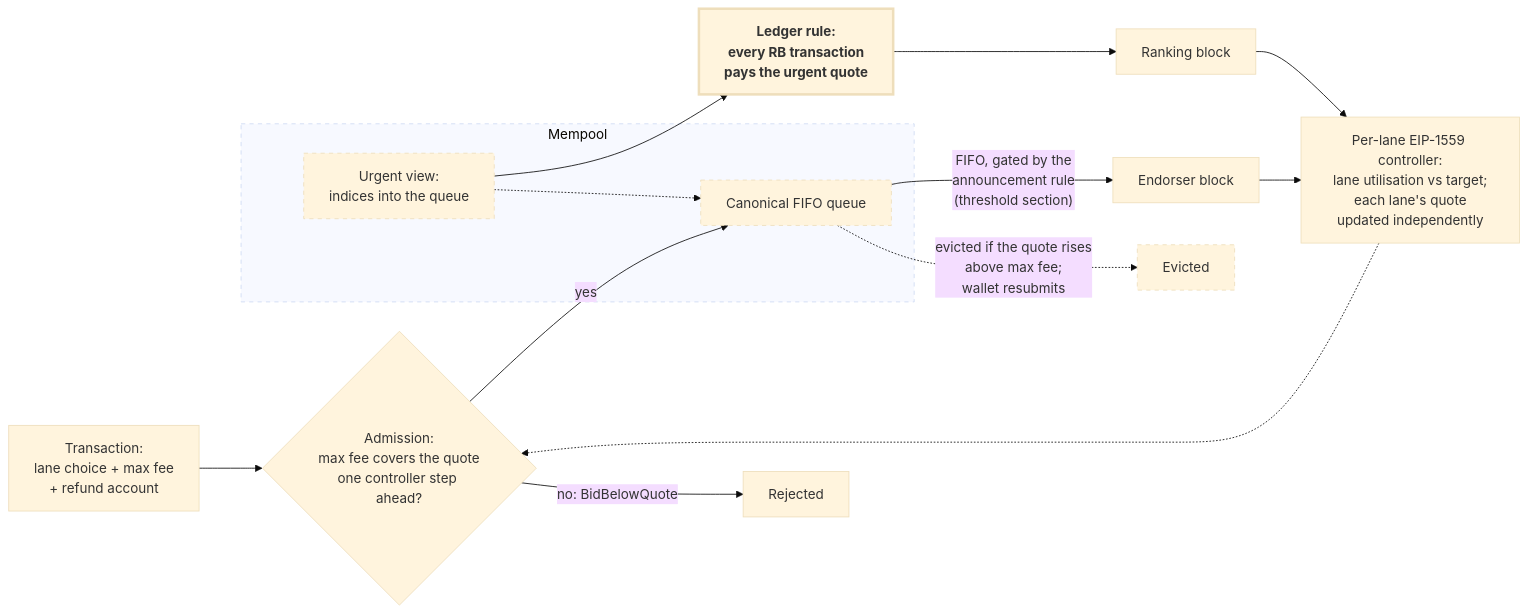
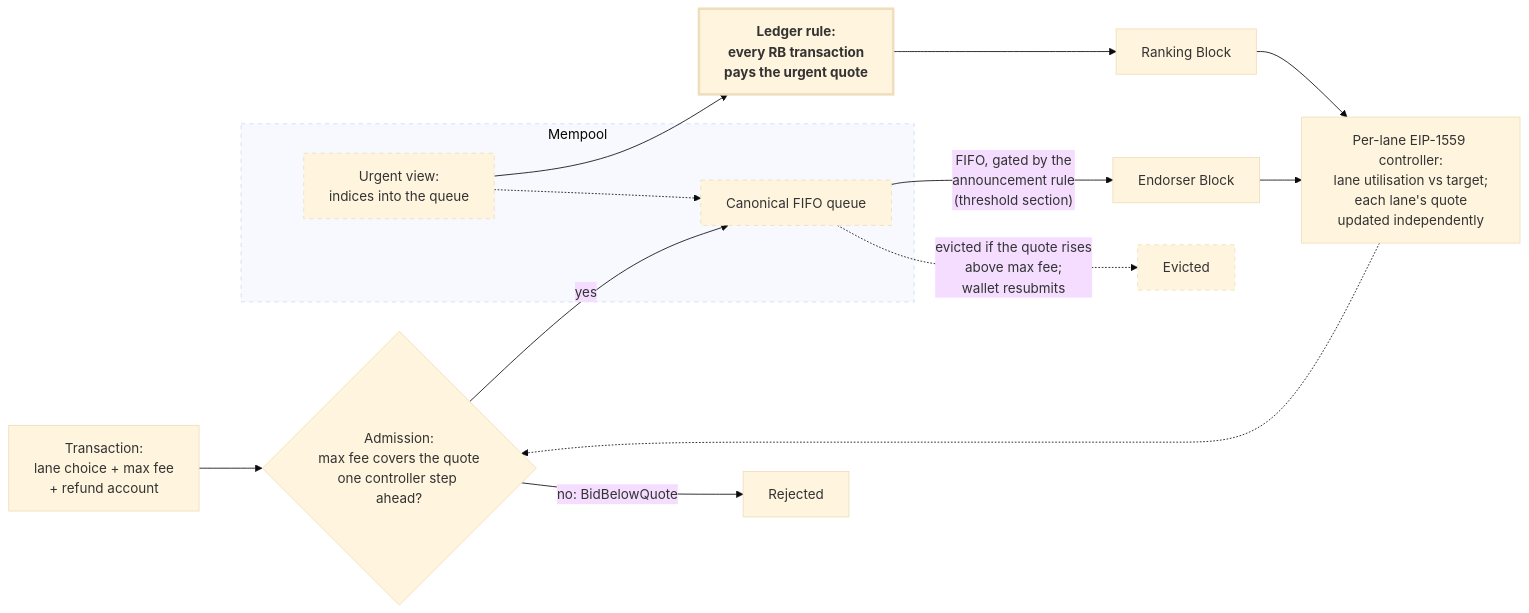
Before and after one commit to input-output-hk/tiered-pricing: the first of 3 diagrams in docs/phase-2/CIP-urgency-signalling/README.md, drawn with Mermaid (base theme). The commit also changed other lines of this file and 10 other files, not shown here.

````diff
--- a/docs/phase-2/CIP-urgency-signalling/README.md
+++ b/docs/phase-2/CIP-urgency-signalling/README.md
@@ -53,22 +53,22 @@
 ```mermaid
 flowchart LR
     TX["Transaction:<br/>lane choice + max fee<br/>+ refund account"] --> ADM{"Admission:<br/>max fee covers the quote<br/>one controller step ahead?"}
     ADM -- "no: BidBelowQuote" --> REJ["Rejected"]
     ADM -- "yes" --> Q
     subgraph MP["Mempool"]
         Q["Canonical FIFO queue"]
         UV["Urgent view:<br/>indices into the queue"]
         UV -.-> Q
     end
     Q -. "evicted if the quote rises<br/>above max fee;<br/>wallet resubmits" .-> EV["Evicted"]
     UV --> RULE["Ledger rule:<br/>every RB transaction<br/>pays the urgent quote"]
-    RULE --> RB["Ranking block"]
-    Q -- "FIFO, gated by the<br/>announcement rule<br/>(threshold section)" --> EB["Endorser block"]
+    RULE --> RB["Ranking Block"]
+    Q -- "FIFO, gated by the<br/>announcement rule<br/>(threshold section)" --> EB["Endorser Block"]
     RB --> CTRL["Per-lane EIP-1559 controller:<br/>lane utilisation vs target;<br/>each lane's quote<br/>updated independently"]
     EB --> CTRL
     CTRL -.-> ADM
     classDef enforced stroke-width:3px,font-weight:bold;
     classDef policy stroke-dasharray:5 5;
     class RULE enforced;
     class MP,Q,UV,EV policy;
 ```
````
